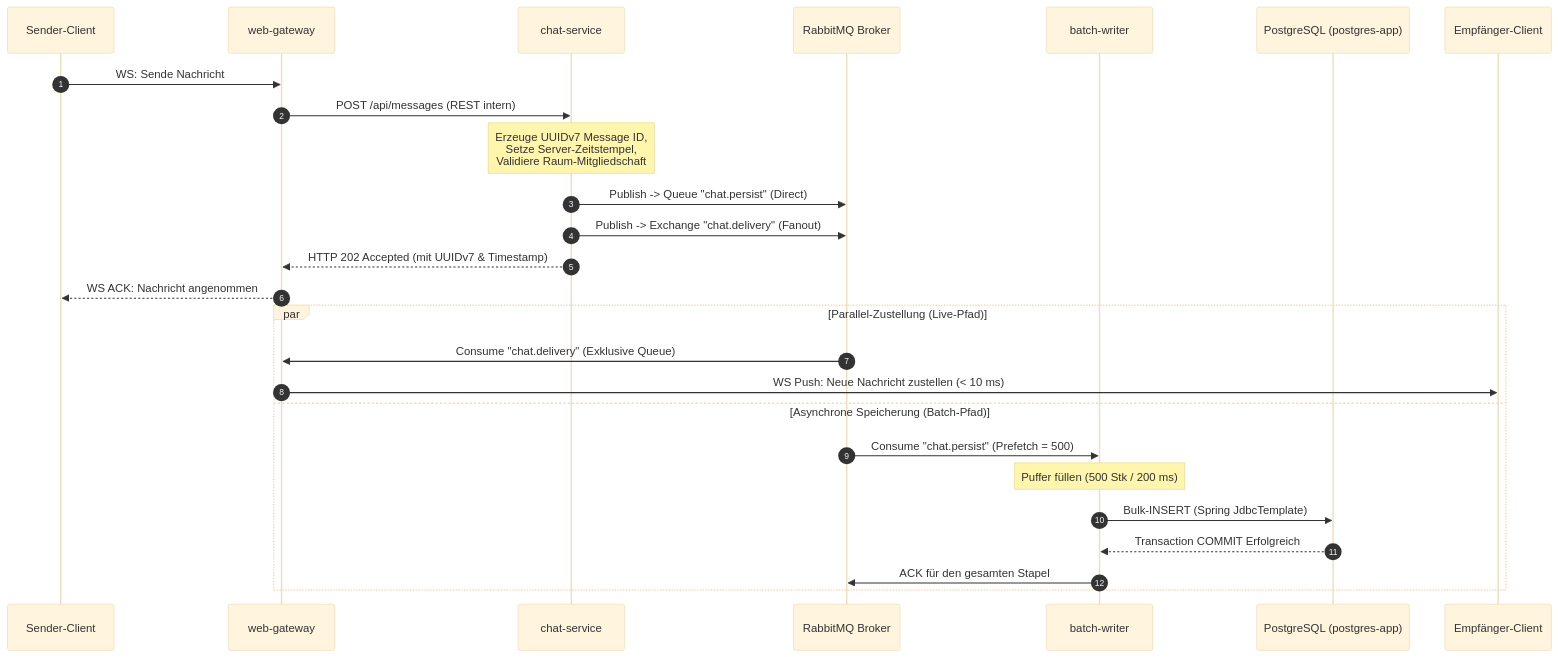
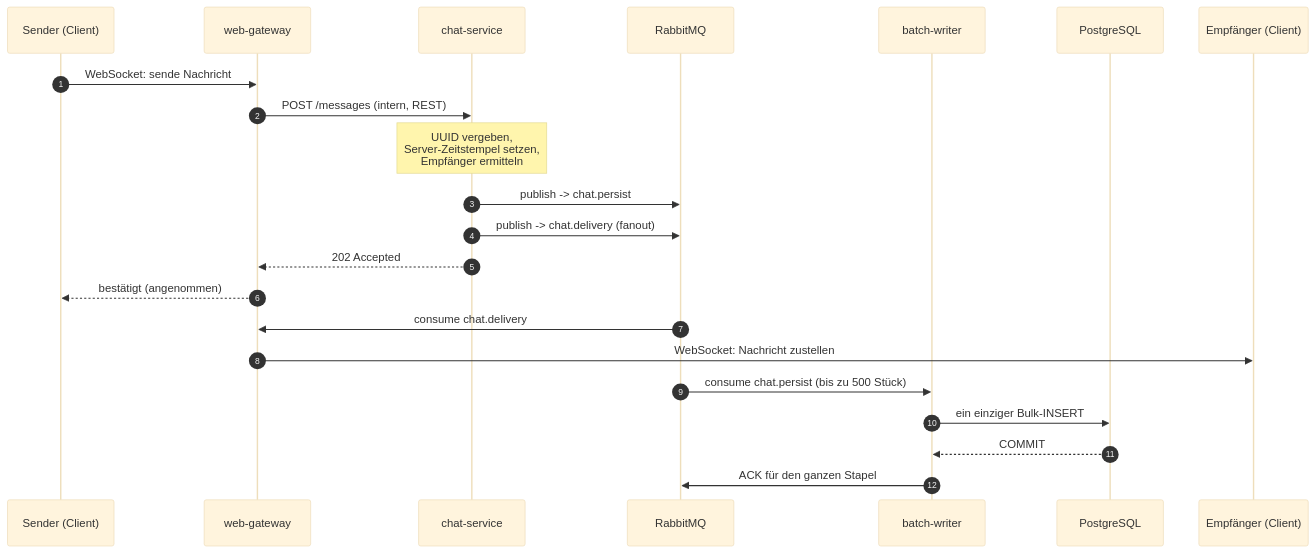
Before and after one commit to Vidrai/it3c-m321: the third of 5 diagrams in PLANUNG.md, drawn with Mermaid (base theme). The commit also changed other lines of this file and 5 other files, not shown here.

````diff
--- a/PLANUNG.md
+++ b/PLANUNG.md
@@ -169,31 +163,28 @@
 ```mermaid
 sequenceDiagram
     autonumber
-    participant A as Sender-Client
+    participant A as Sender (Client)
     participant G as web-gateway
     participant CS as chat-service
-    participant MQ as RabbitMQ Broker
+    participant MQ as RabbitMQ
     participant BW as batch-writer
-    participant DB as PostgreSQL (postgres-app)
-    participant B as Empfänger-Client
+    participant DB as PostgreSQL
+    participant B as Empfänger (Client)
 
-    A->>G: WS: Sende Nachricht
-    G->>CS: POST /api/messages (REST intern)
-    Note over CS: Erzeuge UUIDv7 Message ID,<br/>Setze Server-Zeitstempel,<br/>Validiere Raum-Mitgliedschaft
+    A->>G: WebSocket: sende Nachricht
+    G->>CS: POST /messages (intern, REST)
+    Note over CS: UUID vergeben,<br/>Server-Zeitstempel setzen,<br/>Empfänger ermitteln
 
-    CS->>MQ: Publish -> Queue "chat.persist" (Direct)
-    CS->>MQ: Publish -> Exchange "chat.delivery" (Fanout)
-    CS-->>G: HTTP 202 Accepted (mit UUIDv7 & Timestamp)
-    G-->>A: WS ACK: Nachricht angenommen
+    CS->>MQ: publish -> chat.persist
+    CS->>MQ: publish -> chat.delivery (fanout)
+    CS-->>G: 202 Accepted
+    G-->>A: bestätigt (angenommen)
 
-    par Parallel-Zustellung (Live-Pfad)
-        MQ->>G: Consume "chat.delivery" (Exklusive Queue)
-        G->>B: WS Push: Neue Nachricht zustellen (< 10 ms)
-    and Asynchrone Speicherung (Batch-Pfad)
-        MQ->>BW: Consume "chat.persist" (Prefetch = 500)
-        Note over BW: Puffer füllen (500 Stk / 200 ms)
-        BW->>DB: Bulk-INSERT (Spring JdbcTemplate)
-        DB-->>BW: Transaction COMMIT Erfolgreich
-        BW->>MQ: ACK für den gesamten Stapel
-    end
+    MQ->>G: consume chat.delivery
+    G->>B: WebSocket: Nachricht zustellen
+
+    MQ->>BW: consume chat.persist (bis zu 500 Stück)
+    BW->>DB: ein einziger Bulk-INSERT
+    DB-->>BW: COMMIT
+    BW->>MQ: ACK für den ganzen Stapel
 ```
````
